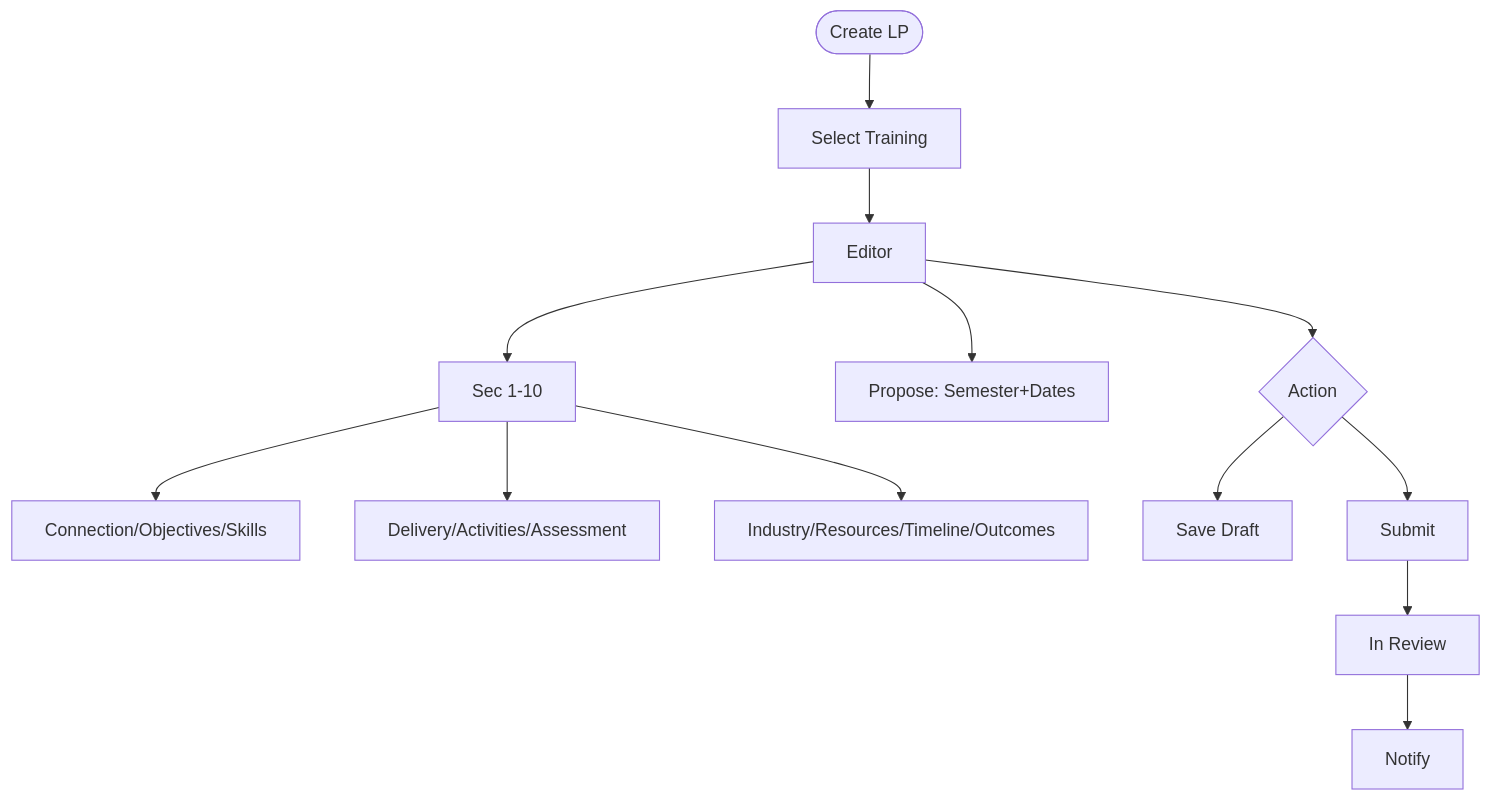
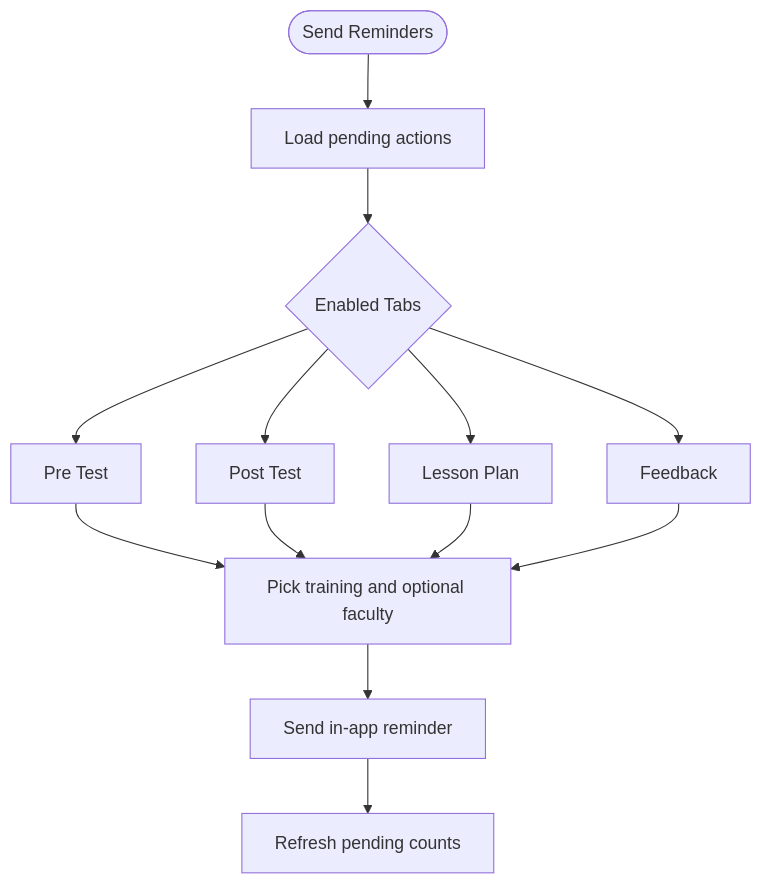
Before and after one commit to gunjangupta-gh/placeintern: diagram 18 of 27 in TRAINING_CALENDAR_FLOW_DIAGRAMS.md, drawn with Mermaid. The commit also changed other lines of this file and 1 other file, not shown here.

Commit message:
feat: add timezone handling for attendance date resolution in TrainingAttendanceService

````diff
--- a/TRAINING_CALENDAR_FLOW_DIAGRAMS.md
+++ b/TRAINING_CALENDAR_FLOW_DIAGRAMS.md
@@ -286,12 +258,15 @@
 ```mermaid
 flowchart TD
-    A([Create LP])-->B[Select Training]-->C[Editor]
-    C-->D[Sec 1-10]
-    D-->E[Connection/Objectives/Skills]
-    D-->F[Delivery/Activities/Assessment]
-    D-->G[Industry/Resources/Timeline/Outcomes]
-    C-->H[Propose: Semester+Dates]
-    C-->I{Action}
-    I-->J[Save Draft]
-    I-->K[Submit]-->L[In Review]-->M[Notify]
+    A([Send Reminders]) --> B[Load pending actions]
+    B --> C{Enabled Tabs}
+    C --> D[Pre Test]
+    C --> E[Post Test]
+    C --> F[Lesson Plan]
+    C --> G[Feedback]
+    D --> H[Pick training and optional faculty]
+    E --> H
+    F --> H
+    G --> H
+    H --> I[Send in-app reminder]
+    I --> J[Refresh pending counts]
 ```
````
